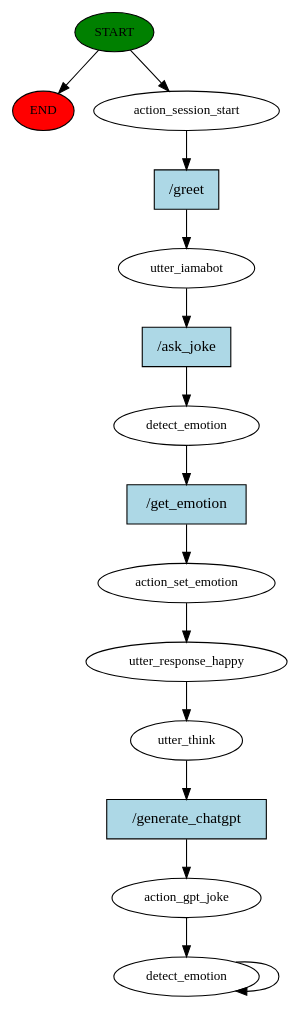
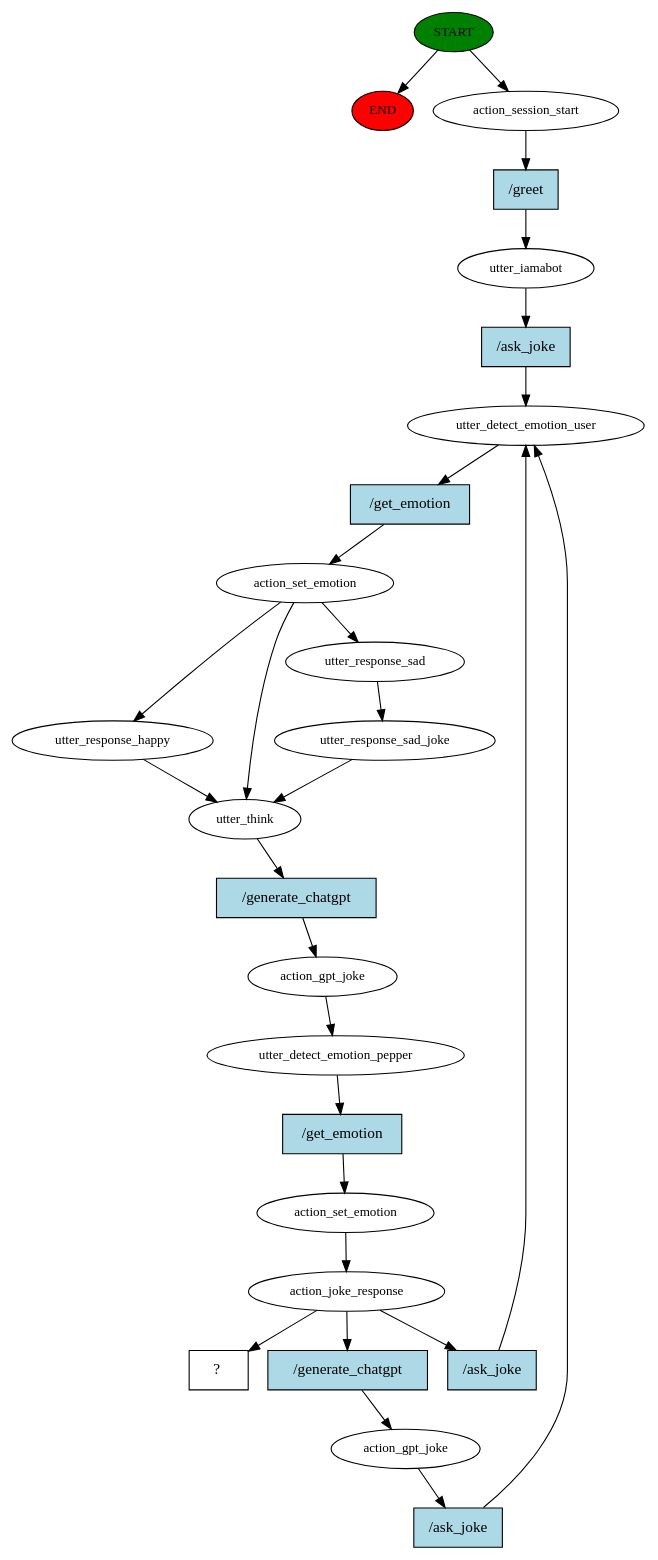
One commit to changchuntzu0618/RASA changed the diagram in story_graph.dot. Above: the diagram before and after it, drawn with Graphviz. The commit also changed 3 other files, not shown here.

```diff
--- a/story_graph.dot
+++ b/story_graph.dot
@@ -1,30 +1,53 @@
 digraph  {
 0 [class="start active", fillcolor=green, fontsize=12, label=START, style=filled];
 "-1" [class=end, fillcolor=red, fontsize=12, label=END, style=filled];
 1 [class=active, fontsize=12, label=action_session_start];
 2 [class=active, fontsize=12, label=utter_iamabot];
-3 [class=active, fontsize=12, label=detect_emotion];
+3 [class=active, fontsize=12, label=utter_detect_emotion_user];
 4 [class=active, fontsize=12, label=action_set_emotion];
 5 [class=active, fontsize=12, label=utter_response_happy];
 6 [class=active, fontsize=12, label=utter_think];
 7 [class=active, fontsize=12, label=action_gpt_joke];
-8 [class="active dashed", fontsize=12, label=detect_emotion];
-10 [class="intent active", fillcolor=lightblue, label="/greet", shape=rect, style=filled];
-11 [class="intent active", fillcolor=lightblue, label="/ask_joke", shape=rect, style=filled];
-12 [class="intent active", fillcolor=lightblue, label="/get_emotion", shape=rect, style=filled];
-13 [class="intent active", fillcolor=lightblue, label="/generate_chatgpt", shape=rect, style=filled];
+8 [class=active, fontsize=12, label=utter_detect_emotion_pepper];
+9 [class=active, fontsize=12, label=action_set_emotion];
+10 [class=active, fontsize=12, label=action_joke_response];
+21 [class=active, fontsize=12, label=utter_response_sad];
+22 [class=active, fontsize=12, label=utter_response_sad_joke];
+36 [class=active, fontsize=12, label=action_gpt_joke];
+44 [class="intent dashed active", label="  ?  ", shape=rect];
+45 [class="intent active", fillcolor=lightblue, label="/greet", shape=rect, style=filled];
+46 [class="intent active", fillcolor=lightblue, label="/ask_joke", shape=rect, style=filled];
+47 [class="intent active", fillcolor=lightblue, label="/get_emotion", shape=rect, style=filled];
+48 [class="intent active", fillcolor=lightblue, label="/generate_chatgpt", shape=rect, style=filled];
+49 [class="intent active", fillcolor=lightblue, label="/get_emotion", shape=rect, style=filled];
+50 [class="intent active", fillcolor=lightblue, label="/ask_joke", shape=rect, style=filled];
+51 [class="intent active", fillcolor=lightblue, label="/generate_chatgpt", shape=rect, style=filled];
+52 [class="intent active", fillcolor=lightblue, label="/ask_joke", shape=rect, style=filled];
 0 -> "-1"  [class="", key=NONE, label=""];
 0 -> 1  [class=active, key=NONE, label=""];
-1 -> 10  [class=active, key=0];
-2 -> 11  [class=active, key=0];
-3 -> 12  [class=active, key=0];
+1 -> 45  [class=active, key=0];
+2 -> 46  [class=active, key=0];
+3 -> 47  [class=active, key=0];
 4 -> 5  [class=active, key=NONE, label=""];
+4 -> 21  [class=active, key=NONE, label=""];
+4 -> 6  [class=active, key=NONE, label=""];
 5 -> 6  [class=active, key=NONE, label=""];
-6 -> 13  [class=active, key=0];
+6 -> 48  [class=active, key=0];
 7 -> 8  [class=active, key=NONE, label=""];
-8 -> 8  [class=active, key=NONE, label=""];
-10 -> 2  [class=active, key=0];
-11 -> 3  [class=active, key=0];
-12 -> 4  [class=active, key=0];
-13 -> 7  [class=active, key=0];
+8 -> 49  [class=active, key=0];
+9 -> 10  [class=active, key=NONE, label=""];
+10 -> 44  [class=active, key=NONE, label=""];
+10 -> 50  [class=active, key=0];
+10 -> 51  [class=active, key=0];
+21 -> 22  [class=active, key=NONE, label=""];
+22 -> 6  [class=active, key=NONE, label=""];
+36 -> 52  [class=active, key=0];
+45 -> 2  [class=active, key=0];
+46 -> 3  [class=active, key=0];
+47 -> 4  [class=active, key=0];
+48 -> 7  [class=active, key=0];
+49 -> 9  [class=active, key=0];
+50 -> 3  [class=active, key=0];
+51 -> 36  [class=active, key=0];
+52 -> 3  [class=active, key=0];
 }
```
